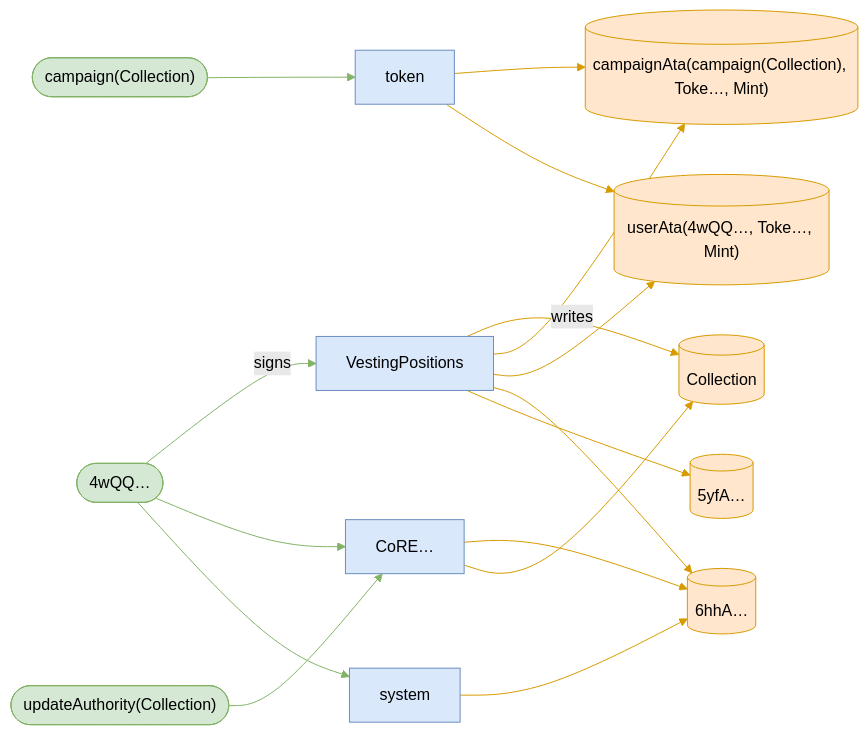
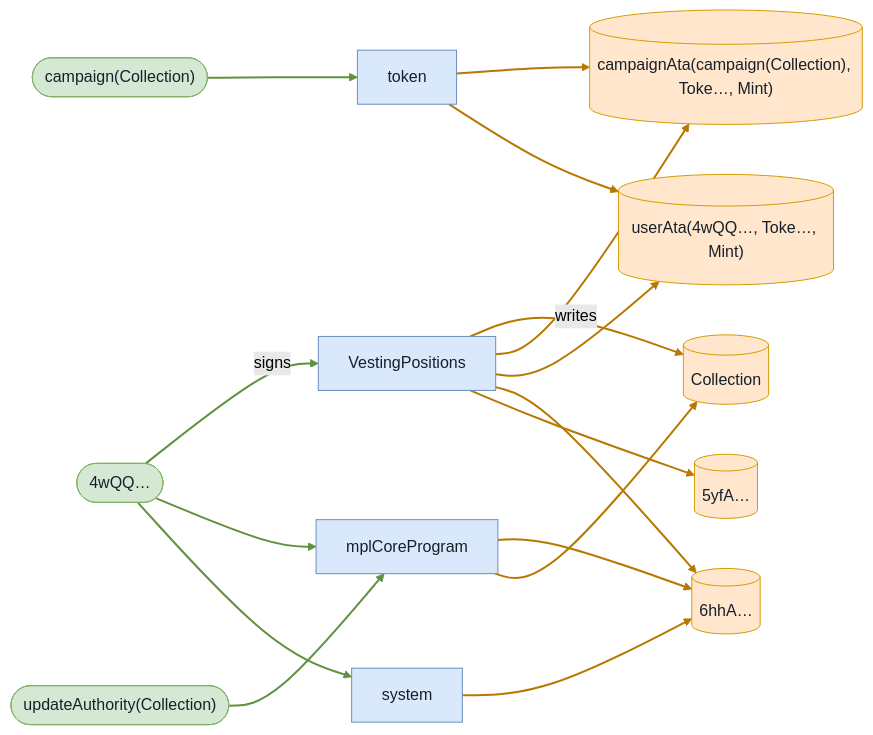
The eighth of 9 diagrams in babelfish-tests/test-report/fully_claimed_non_transferable_has_no_asset_freeze.md (cds-turbin3/vesting-position), drawn with Mermaid (forest theme) before and after one commit. The commit also changed other lines of this file and 106 other files, not shown here.

````diff
--- a/babelfish-tests/test-report/fully_claimed_non_transferable_has_no_asset_freeze.md
+++ b/babelfish-tests/test-report/fully_claimed_non_transferable_has_no_asset_freeze.md
@@ -402,35 +400,35 @@
 ```mermaid
 flowchart LR
     VestingPositions["VestingPositions"]:::program
     n4wQQ(["4wQQ…"]):::signer
     Collection[("Collection")]:::state
     campaignAtacampaignCollectionTokeMint[("campaignAta(campaign(Collection), Toke…, Mint)")]:::state
     userAta4wQQTokeMint[("userAta(4wQQ…, Toke…, Mint)")]:::state
     n6hhA[("6hhA…")]:::state
     n5yfA[("5yfA…")]:::state
-    CoRE["CoRE…"]:::program
+    mplCoreProgram["mplCoreProgram"]:::program
     updateAuthorityCollection(["updateAuthority(Collection)"]):::signer
     system["system"]:::program
     token["token"]:::program
     campaignCollection(["campaign(Collection)"]):::signer
     n4wQQ -->|signs| VestingPositions
     VestingPositions -->|writes| Collection
     VestingPositions --> campaignAtacampaignCollectionTokeMint
     VestingPositions --> userAta4wQQTokeMint
     VestingPositions --> n6hhA
     VestingPositions --> n5yfA
-    CoRE --> n6hhA
-    CoRE --> Collection
-    n4wQQ --> CoRE
-    updateAuthorityCollection --> CoRE
+    mplCoreProgram --> n6hhA
+    mplCoreProgram --> Collection
+    n4wQQ --> mplCoreProgram
+    updateAuthorityCollection --> mplCoreProgram
     n4wQQ --> system
     system --> n6hhA
     token --> campaignAtacampaignCollectionTokeMint
     token --> userAta4wQQTokeMint
     campaignCollection --> token
-    classDef program fill:#dae8fc,stroke:#6c8ebf;
-    classDef signer fill:#d5e8d4,stroke:#82b366;
-    classDef state fill:#ffe6cc,stroke:#d79b00;
-    linkStyle 0,8,9,10,14 stroke:#82b366
-    linkStyle 1,2,3,4,5,6,7,11,12,13 stroke:#d79b00
+    classDef program fill:#dae8fc,stroke:#6c8ebf,color:#17202a;
+    classDef signer fill:#d5e8d4,stroke:#82b366,color:#17202a;
+    classDef state fill:#ffe6cc,stroke:#d79b00,color:#17202a;
+    linkStyle 0,8,9,10,14 stroke:#5f913f,stroke-width:2px
+    linkStyle 1,2,3,4,5,6,7,11,12,13 stroke:#b87800,stroke-width:2px
 ```
````
